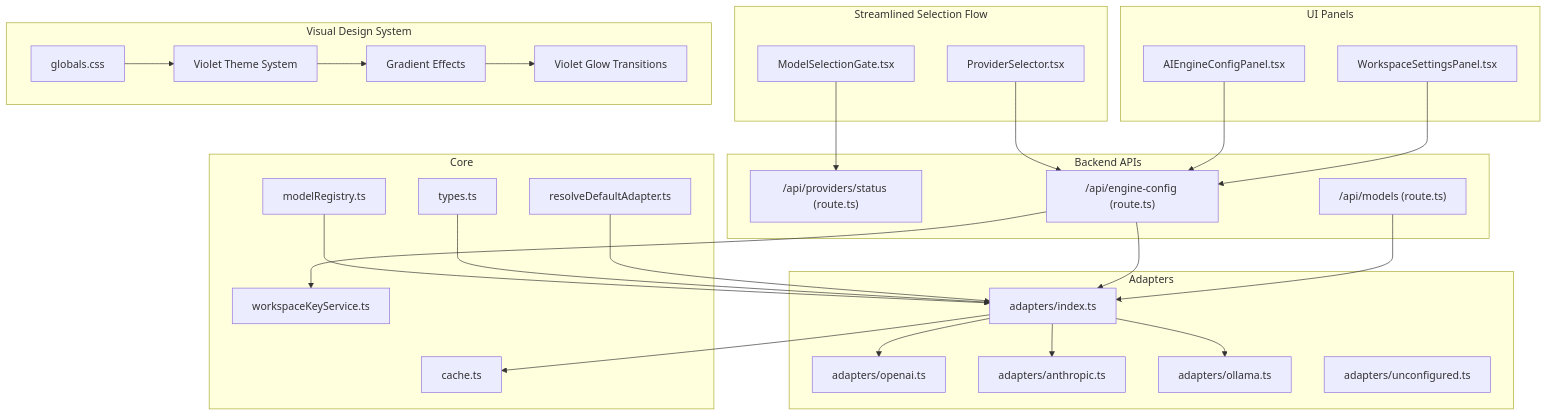
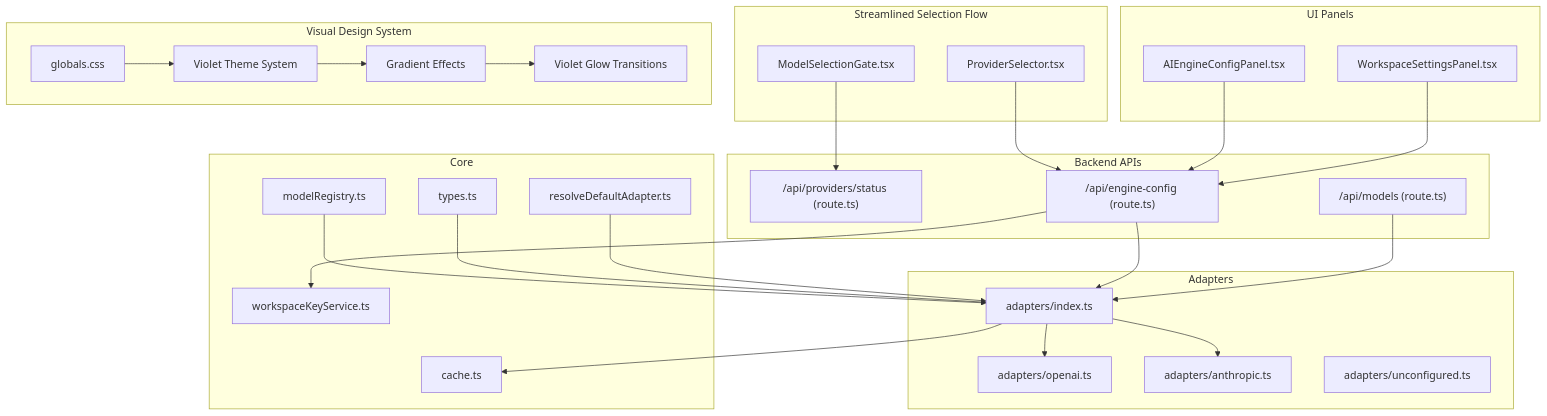
The first of 13 diagrams in .qoder/repowiki/en/content/AI Generation Engine/Model Configuration & Selection/Model Configuration & Selection.md (shekhargiri005-dotcom/AI-powered-accessibility-first-UI-engine), drawn with Mermaid before and after one commit. The commit also changed other lines of this file and 7 other files, not shown here.

````diff
--- a/.qoder/repowiki/en/content/AI Generation Engine/Model Configuration & Selection/Model Configuration & Selection.md
+++ b/.qoder/repowiki/en/content/AI Generation Engine/Model Configuration & Selection/Model Configuration & Selection.md
@@ -79,53 +81,51 @@
 ```mermaid
 graph TB
 subgraph "Streamlined Selection Flow"
 MSG["ModelSelectionGate.tsx"]
 PS["ProviderSelector.tsx"]
 end
 subgraph "Backend APIs"
 PSAPI["/api/providers/status (route.ts)"]
 EC["/api/engine-config (route.ts)"]
 AM["/api/models (route.ts)"]
 end
 subgraph "UI Panels"
 AEC["AIEngineConfigPanel.tsx"]
 WSP["WorkspaceSettingsPanel.tsx"]
 end
 subgraph "Adapters"
 IDX["adapters/index.ts"]
 OA["adapters/openai.ts"]
 AA["adapters/anthropic.ts"]
-OL["adapters/ollama.ts"]
 UA["adapters/unconfigured.ts"]
 end
 subgraph "Core"
 MR["modelRegistry.ts"]
 TY["types.ts"]
 WS["workspaceKeyService.ts"]
 CA["cache.ts"]
 RDA["resolveDefaultAdapter.ts"]
 end
 subgraph "Visual Design System"
 CSS["globals.css"]
 VIOLET["Violet Theme System"]
 GRADIENTS["Gradient Effects"]
 GLOW["Violet Glow Transitions"]
 end
 MSG --> PSAPI
 PS --> EC
 AEC --> EC
 WSP --> EC
 EC --> WS
 EC --> IDX
 AM --> IDX
 IDX --> OA
 IDX --> AA
-IDX --> OL
 IDX --> CA
 MR --> IDX
 TY --> IDX
 CSS --> VIOLET
 VIOLET --> GRADIENTS
 GRADIENTS --> GLOW
 RDA --> IDX
 ```
````
